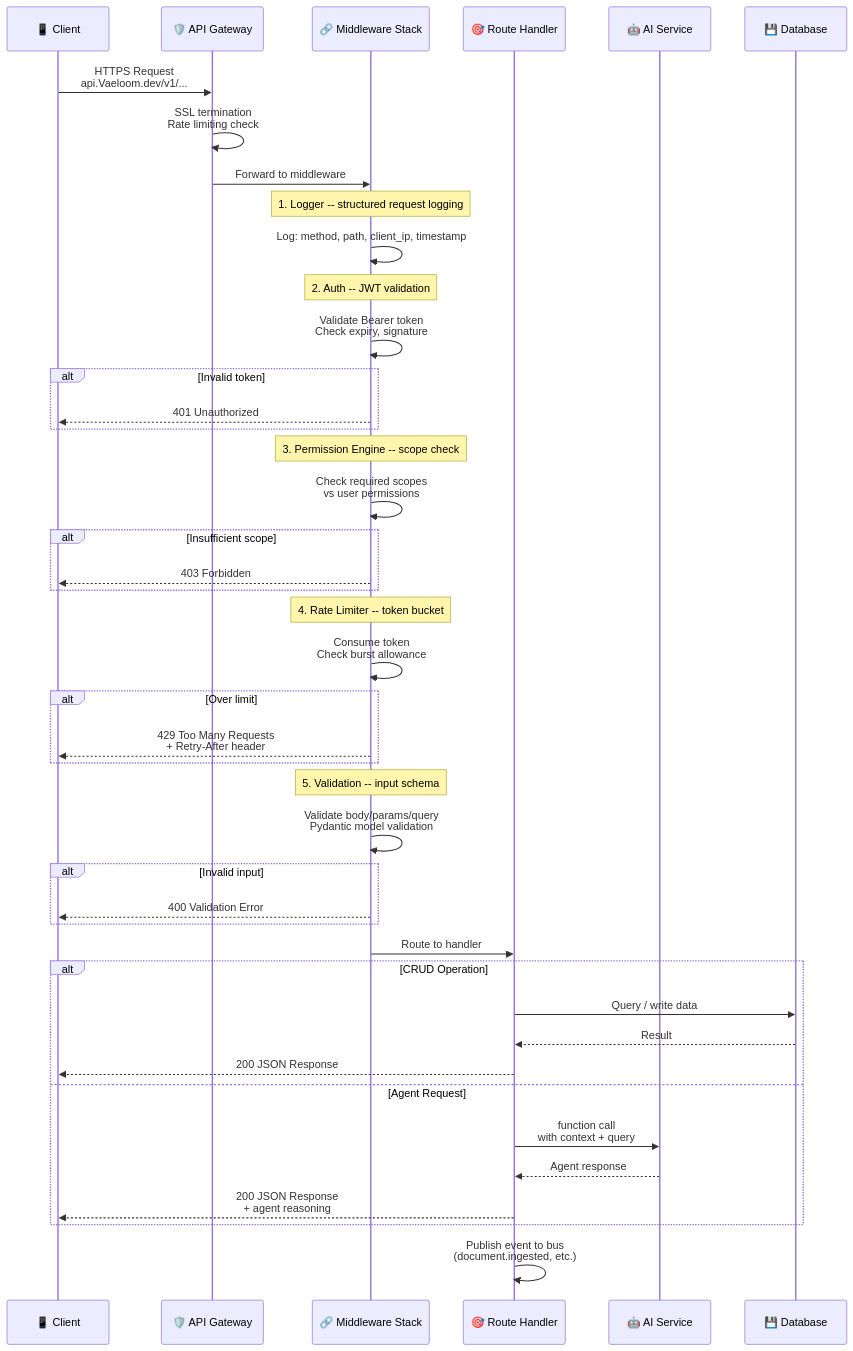
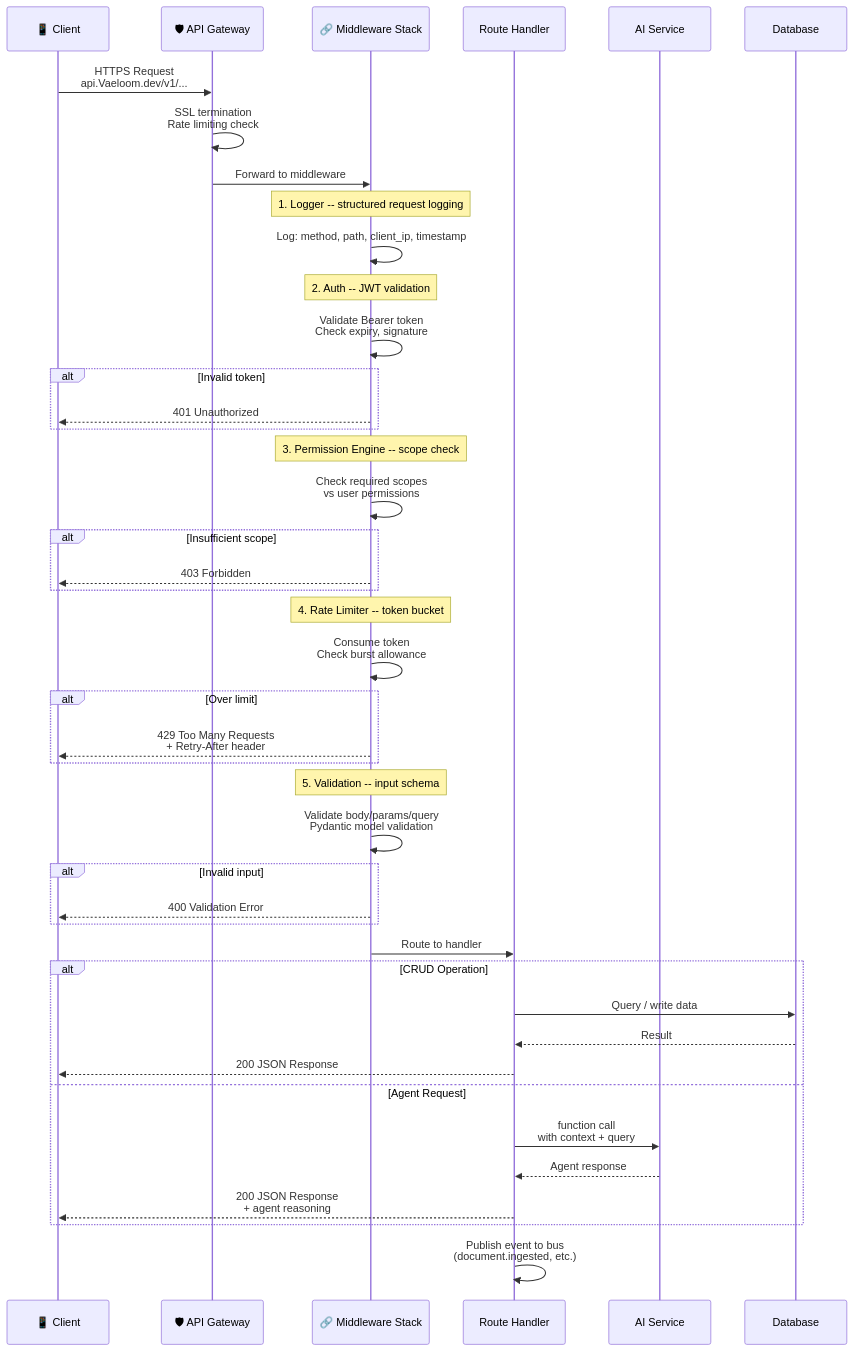
The diagram in docs/backend/API-Architecture.md (Driftloom/Vaeloom), drawn with Mermaid before and after one commit. The commit also changed other lines of this file and 694 other files, not shown here.

First line of the commit message:
docs: mermaid standardization — encoding/mermaid/duplicate cleanup

````diff
--- a/docs/backend/API-Architecture.md
+++ b/docs/backend/API-Architecture.md
@@ -9,55 +9,55 @@
 ```mermaid
 sequenceDiagram
-    participant C as 📱 Client
-    participant GW as 🛡️ API Gateway
-    participant M as 🔗 Middleware Stack
-    participant H as 🎯 Route Handler
-    participant AI as 🤖 AI Service
-    participant DB as 💾 Database
+ participant C as 📱 Client
+ participant GW as 🛡 API Gateway
+ participant M as 🔗 Middleware Stack
+ participant H as Route Handler
+ participant AI as AI Service
+ participant DB as Database
 
-    C->>GW: HTTPS Request<br/>api.Vaeloom.dev/v1/...
-    GW->>GW: SSL termination<br/>Rate limiting check
-    GW->>M: Forward to middleware
+ C->>GW: HTTPS Request<br/>api.Vaeloom.dev/v1/...
+ GW->>GW: SSL termination<br/>Rate limiting check
+ GW->>M: Forward to middleware
 
-    Note over M: 1. Logger -- structured request logging
-    M->>M: Log: method, path, client_ip, timestamp
+ Note over M: 1. Logger -- structured request logging
+ M->>M: Log: method, path, client_ip, timestamp
 
-    Note over M: 2. Auth -- JWT validation
-    M->>M: Validate Bearer token<br/>Check expiry, signature
-    alt Invalid token
-        M-->>C: 401 Unauthorized
-    end
+ Note over M: 2. Auth -- JWT validation
+ M->>M: Validate Bearer token<br/>Check expiry, signature
+ alt Invalid token
+ M-->>C: 401 Unauthorized
+ end
 
-    Note over M: 3. Permission Engine -- scope check
-    M->>M: Check required scopes<br/>vs user permissions
-    alt Insufficient scope
-        M-->>C: 403 Forbidden
-    end
+ Note over M: 3. Permission Engine -- scope check
+ M->>M: Check required scopes<br/>vs user permissions
+ alt Insufficient scope
+ M-->>C: 403 Forbidden
+ end
 
-    Note over M: 4. Rate Limiter -- token bucket
-    M->>M: Consume token<br/>Check burst allowance
-    alt Over limit
-        M-->>C: 429 Too Many Requests<br/>+ Retry-After header
-    end
+ Note over M: 4. Rate Limiter -- token bucket
+ M->>M: Consume token<br/>Check burst allowance
+ alt Over limit
+ M-->>C: 429 Too Many Requests<br/>+ Retry-After header
+ end
 
-    Note over M: 5. Validation -- input schema
-    M->>M: Validate body/params/query<br/>Pydantic model validation
-    alt Invalid input
-        M-->>C: 400 Validation Error
-    end
+ Note over M: 5. Validation -- input schema
+ M->>M: Validate body/params/query<br/>Pydantic model validation
+ alt Invalid input
+ M-->>C: 400 Validation Error
+ end
 
-    M->>H: Route to handler
+ M->>H: Route to handler
 
-    alt CRUD Operation
-        H->>DB: Query / write data
-        DB-->>H: Result
-        H-->>C: 200 JSON Response
-    else Agent Request
-        H->>AI: function call<br/>with context + query
-        AI-->>H: Agent response
-        H-->>C: 200 JSON Response<br/>+ agent reasoning
-    end
+ alt CRUD Operation
+ H->>DB: Query / write data
+ DB-->>H: Result
+ H-->>C: 200 JSON Response
+ else Agent Request
+ H->>AI: function call<br/>with context + query
+ AI-->>H: Agent response
+ H-->>C: 200 JSON Response<br/>+ agent reasoning
+ end
 
-    H->>H: Publish event to bus<br/>(document.ingested, etc.)
+ H->>H: Publish event to bus<br/>(document.ingested, etc.)
 
 ```
````
